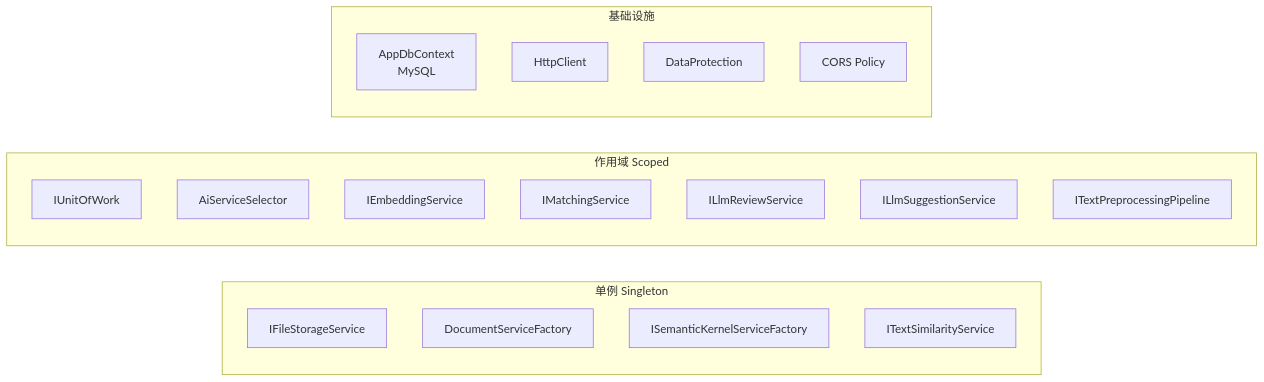
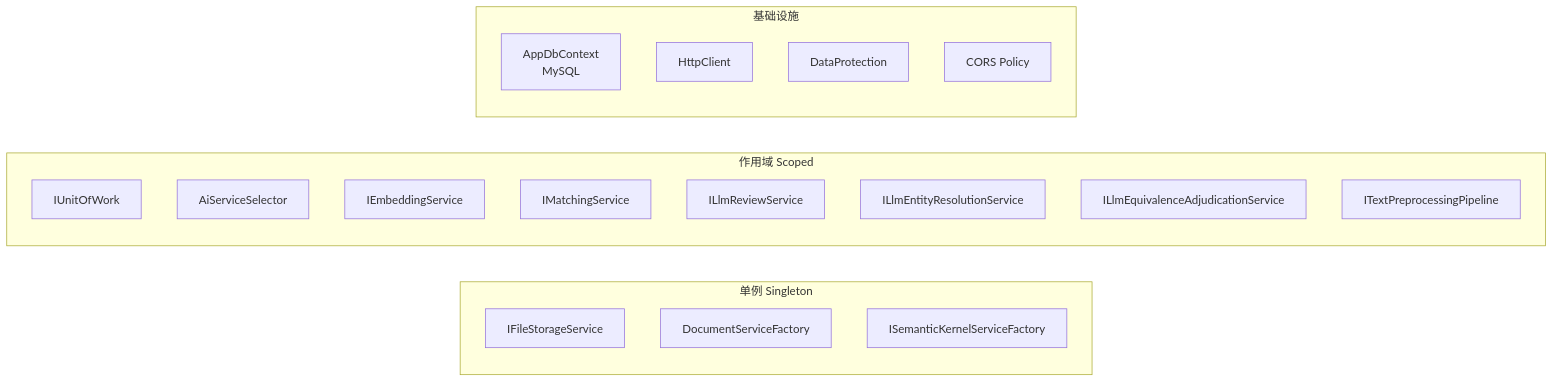
The fourth of 28 diagrams in docs/design-overview.md (xiaocaiisxiaocai/AcceptanceSpecRecognition), drawn with Mermaid before and after one commit. The commit also changed other lines of this file and 255 other files, not shown here.

````diff
--- a/docs/design-overview.md
+++ b/docs/design-overview.md
@@ -135,26 +135,26 @@
 ```mermaid
 graph LR
     subgraph 单例 Singleton
         FSS[IFileStorageService]
         DSF[DocumentServiceFactory]
         SKF[ISemanticKernelServiceFactory]
-        TSS[ITextSimilarityService]
     end
 
     subgraph 作用域 Scoped
         UOW[IUnitOfWork]
         AIS[AiServiceSelector]
         EMB[IEmbeddingService]
         MAT[IMatchingService]
         LLM_R[ILlmReviewService]
-        LLM_S[ILlmSuggestionService]
+        LLM_ER[ILlmEntityResolutionService]
+        LLM_EQ[ILlmEquivalenceAdjudicationService]
         TPP[ITextPreprocessingPipeline]
     end
 
     subgraph 基础设施
         DBC[AppDbContext<br/>MySQL]
         HC[HttpClient]
         DP[DataProtection]
         CORS[CORS Policy]
     end
 ```
````
